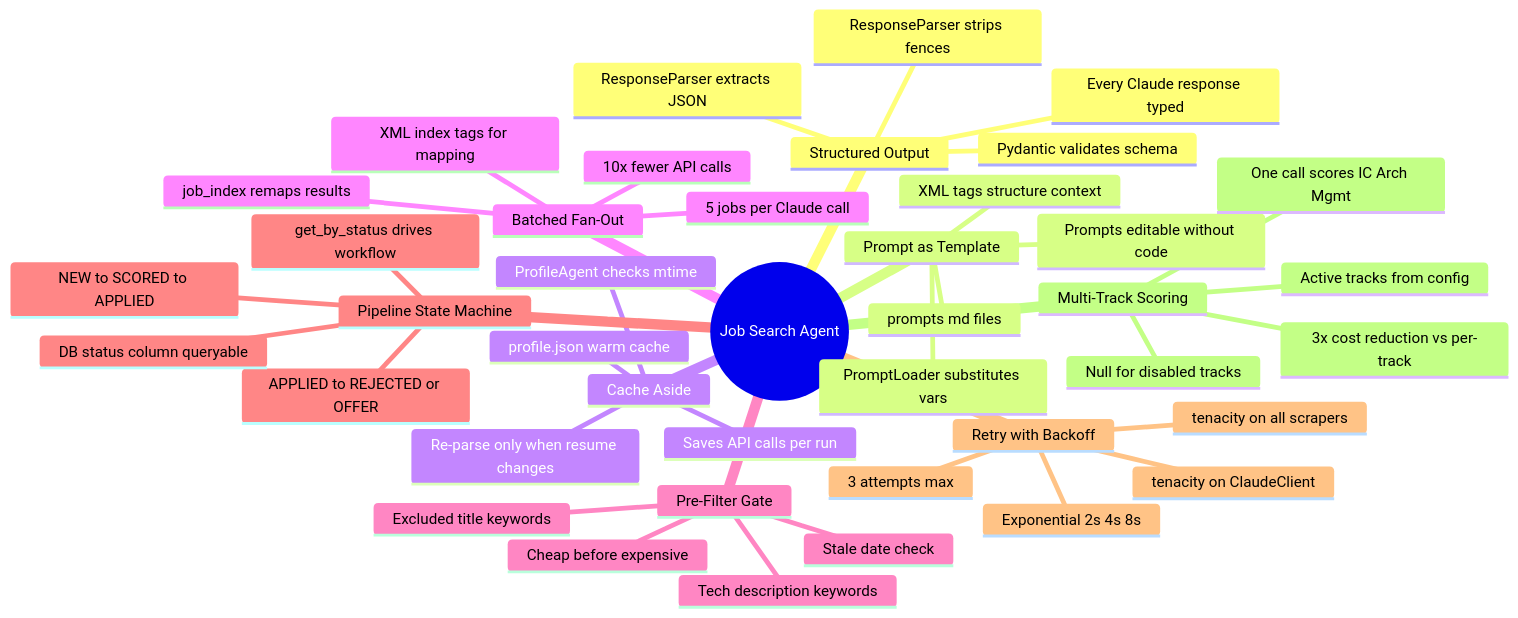
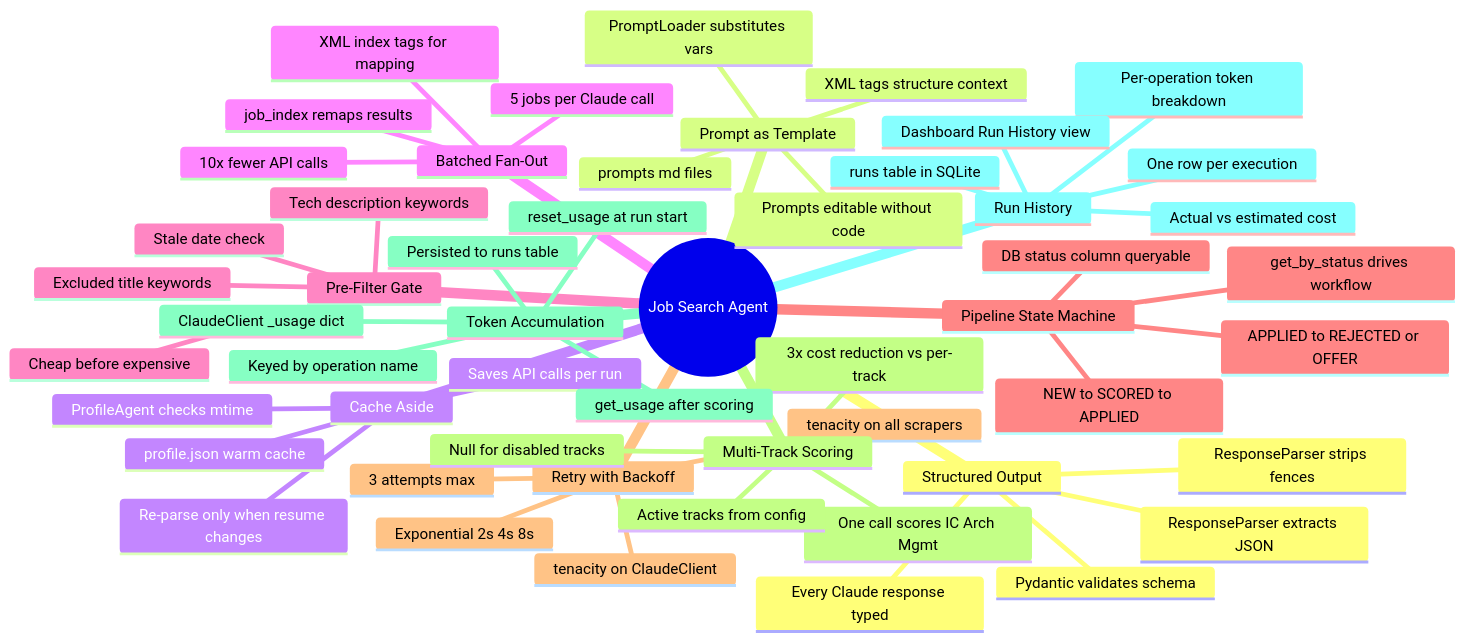
One commit to suthrams/jobsearchagent-v2 changed diagram 12 of 12 in docs/architecture.md. Above: the diagram before and after it, drawn with Mermaid. The commit also changed other lines of this file and 13 other files, not shown here.

````diff
--- a/docs/architecture.md
+++ b/docs/architecture.md
@@ -454,44 +464,56 @@
 ```mermaid
 mindmap
   root((Job Search Agent))
     Structured Output
       ResponseParser strips fences
       ResponseParser extracts JSON
       Pydantic validates schema
       Every Claude response typed
     Prompt as Template
       prompts md files
       PromptLoader substitutes vars
       XML tags structure context
       Prompts editable without code
     Cache Aside
       ProfileAgent checks mtime
       profile.json warm cache
       Re-parse only when resume changes
       Saves API calls per run
     Batched Fan-Out
       5 jobs per Claude call
       XML index tags for mapping
       job_index remaps results
       10x fewer API calls
     Pre-Filter Gate
       Stale date check
       Excluded title keywords
       Tech description keywords
       Cheap before expensive
     Pipeline State Machine
       NEW to SCORED to APPLIED
       APPLIED to REJECTED or OFFER
       DB status column queryable
       get_by_status drives workflow
     Retry with Backoff
       tenacity on ClaudeClient
       tenacity on all scrapers
       Exponential 2s 4s 8s
       3 attempts max
     Multi-Track Scoring
       One call scores IC Arch Mgmt
       Active tracks from config
       Null for disabled tracks
       3x cost reduction vs per-track
+    Token Accumulation
+      ClaudeClient _usage dict
+      Keyed by operation name
+      reset_usage at run start
+      get_usage after scoring
+      Persisted to runs table
+    Run History
+      runs table in SQLite
+      One row per execution
+      Actual vs estimated cost
+      Per-operation token breakdown
+      Dashboard Run History view
 ```
````
